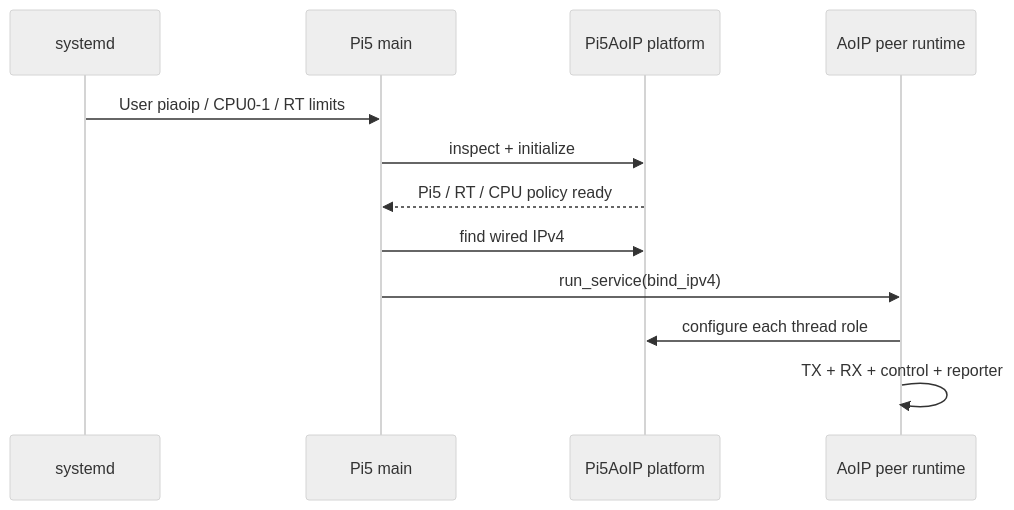
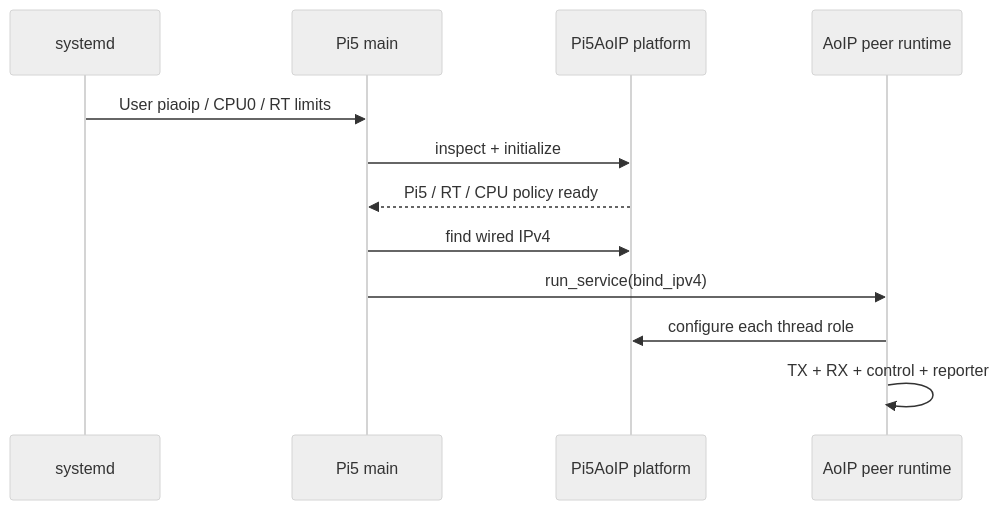
The diagram in docs/ARCHITECTURE.md (danrey-bilo/Pi5-AoIP), drawn with Mermaid (neutral theme) before and after one commit. The commit also changed other lines of this file and 11 other files, not shown here.

````diff
--- a/docs/ARCHITECTURE.md
+++ b/docs/ARCHITECTURE.md
@@ -3,14 +3,14 @@
 ```mermaid
 sequenceDiagram
   participant S as systemd
   participant P as Pi5 main
   participant B as Pi5AoIP platform
   participant R as AoIP peer runtime
-  S->>P: User piaoip / CPU0-1 / RT limits
+  S->>P: User piaoip / CPU0 / RT limits
   P->>B: inspect + initialize
   B-->>P: Pi5 / RT / CPU policy ready
   P->>B: find wired IPv4
   P->>R: run_service(bind_ipv4)
   R->>B: configure each thread role
   R->>R: TX + RX + control + reporter
 ```
````
